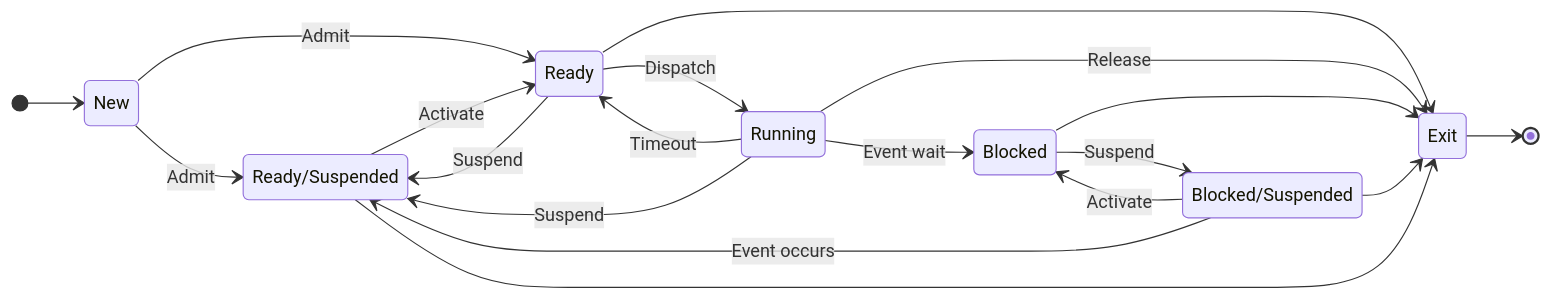
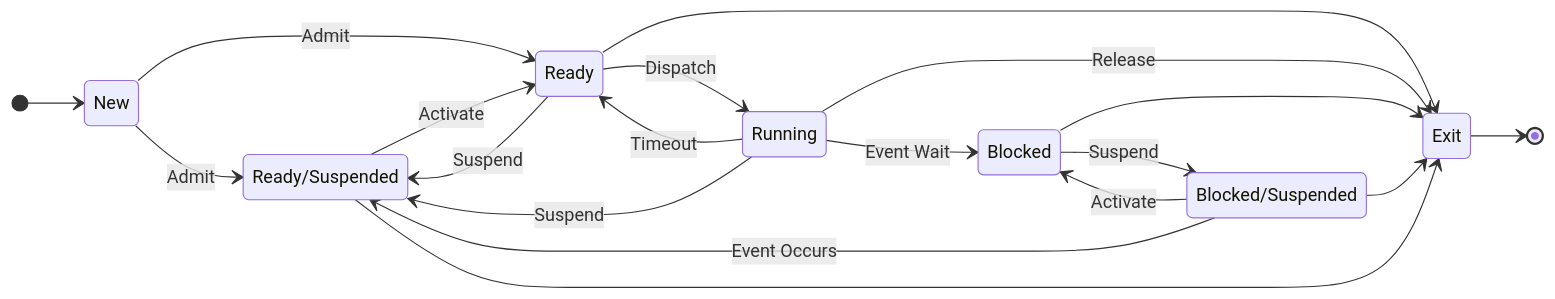
One commit to sravioli/temp-L31 changed the ninth of 18 diagrams in docs/Anno_I/Architettura_degli_Elaboratori_e_Sistemi_Operativi/notes/SO1_so_gestione_processi_scheduling.md. Above: the diagram before and after it, drawn with Mermaid. The commit also changed other lines of this file, not shown here.

First line of the commit message:
fix(docs): general syntax fix, add various mermaid charts

````diff
--- a/docs/Anno_I/Architettura_degli_Elaboratori_e_Sistemi_Operativi/notes/SO1_so_gestione_processi_scheduling.md
+++ b/docs/Anno_I/Architettura_degli_Elaboratori_e_Sistemi_Operativi/notes/SO1_so_gestione_processi_scheduling.md
@@ -419,31 +515,31 @@
 ```mermaid
 stateDiagram-v2
     direction LR
-    rSuspended: Ready/Suspended
-    bSuspended: Blocked/Suspended
+    ReadySuspended: Ready/Suspended
+    BlockedSuspended: Blocked/Suspended
 
     [*] --> New
     New --> Ready: Admit
-    New --> rSuspended: Admit
+    New --> ReadySuspended: Admit
 
-    Ready --> rSuspended: Suspend
+    Ready --> ReadySuspended: Suspend
     Ready --> Running: Dispatch
     Ready --> Exit
 
     Running --> Ready: Timeout
-    Running --> rSuspended: Suspend
-    Running --> Blocked: Event wait
+    Running --> ReadySuspended: Suspend
+    Running --> Blocked: Event Wait
     Running --> Exit: Release
 
-    Blocked --> bSuspended: Suspend
+    Blocked --> BlockedSuspended: Suspend
     Blocked --> Exit
 
-    bSuspended --> Blocked: Activate
-    bSuspended --> rSuspended: Event occurs
-    bSuspended --> Exit
+    BlockedSuspended --> Blocked: Activate
+    BlockedSuspended --> ReadySuspended: Event Occurs
+    BlockedSuspended --> Exit
 
-    rSuspended --> Ready: Activate
-    rSuspended --> Exit
+    ReadySuspended --> Ready: Activate
+    ReadySuspended --> Exit
 
     Exit --> [*]
 ```
````
